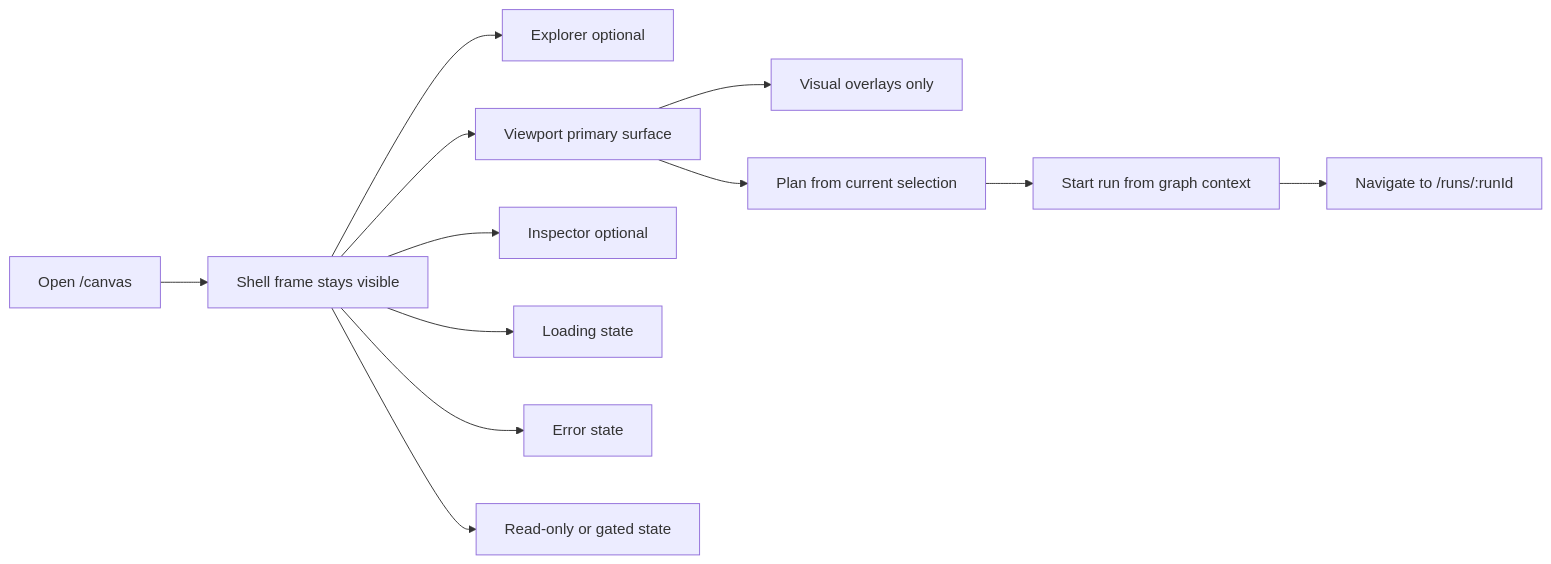
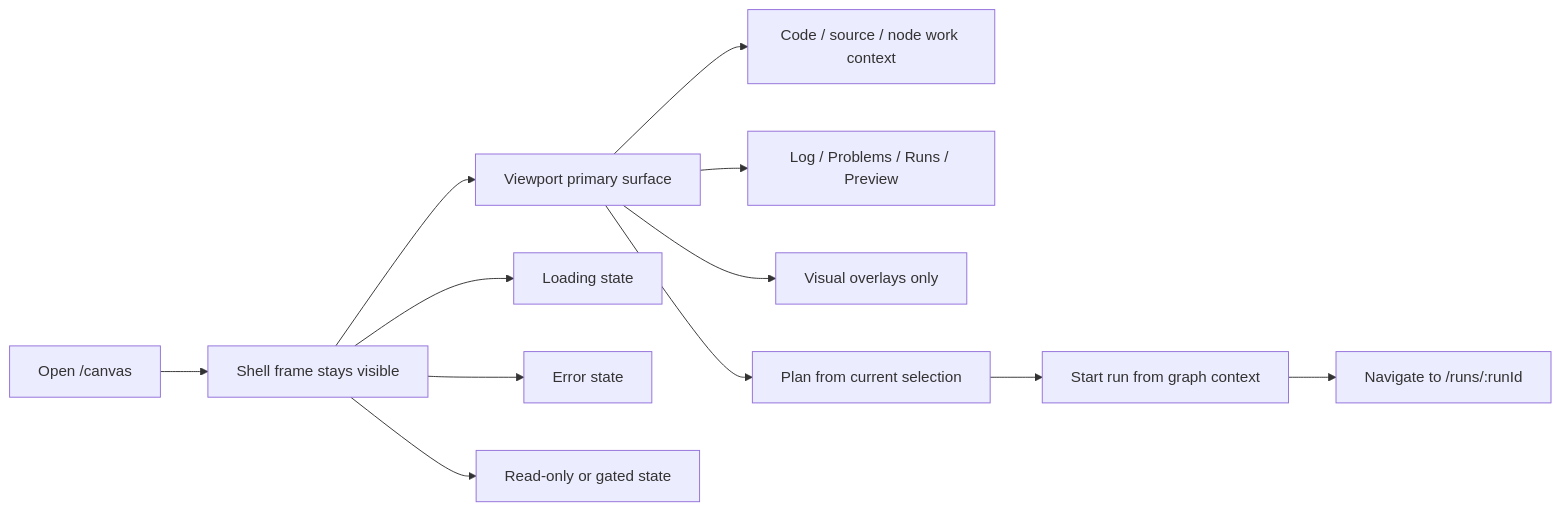
The second of 3 diagrams in docs/architecture/components/web/screen-manuals-and-user-stories.md (dunay2/dvt), drawn with Mermaid before and after one commit. The commit also changed other lines of this file and 4 other files, not shown here.

````diff
--- a/docs/architecture/components/web/screen-manuals-and-user-stories.md
+++ b/docs/architecture/components/web/screen-manuals-and-user-stories.md
@@ -93,16 +99,16 @@
 ```mermaid
 flowchart LR
   Entry["Open /canvas"] --> Shell["Shell frame stays visible"]
-  Shell --> Explorer["Explorer optional"]
   Shell --> Viewport["Viewport primary surface"]
-  Shell --> Inspector["Inspector optional"]
+  Viewport --> Contextual["Code / source / node work context"]
+  Viewport --> Drawer["Log / Problems / Runs / Preview"]
 
   Viewport --> Overlay["Visual overlays only"]
   Viewport --> Plan["Plan from current selection"]
   Plan --> Run["Start run from graph context"]
   Run --> RunsRoute["Navigate to /runs/:runId"]
 
   Shell --> Loading["Loading state"]
   Shell --> Error["Error state"]
   Shell --> ReadOnly["Read-only or gated state"]
 ```
````
